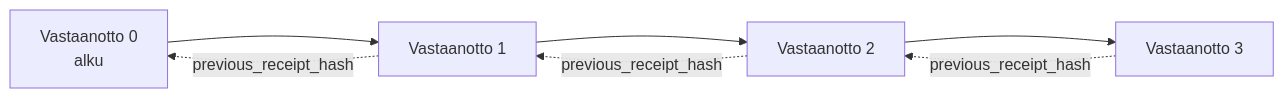
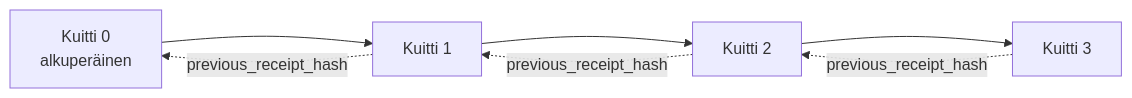
One commit to microsoft/ai-agents-for-beginners changed the second of 2 diagrams in translations/fi/18-securing-ai-agents/README.md. Above: the diagram before and after it, drawn with Mermaid. The commit also changed other lines of this file and 93 other files, not shown here.

````diff
--- a/translations/fi/18-securing-ai-agents/README.md
+++ b/translations/fi/18-securing-ai-agents/README.md
@@ -206,9 +206,9 @@
 ```mermaid
 flowchart LR
-    R0[Vastaanotto 0<br/>alku] --> R1[Vastaanotto 1]
-    R1 --> R2[Vastaanotto 2]
-    R2 --> R3[Vastaanotto 3]
+    R0[Kuitti 0<br/>alkuperäinen] --> R1[Kuitti 1]
+    R1 --> R2[Kuitti 2]
+    R2 --> R3[Kuitti 3]
     R1 -. previous_receipt_hash .-> R0
     R2 -. previous_receipt_hash .-> R1
     R3 -. previous_receipt_hash .-> R2
 ```
````
